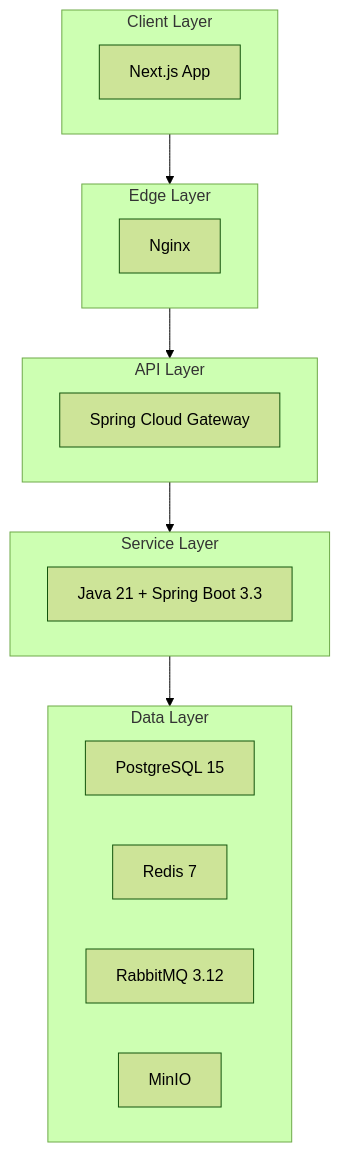
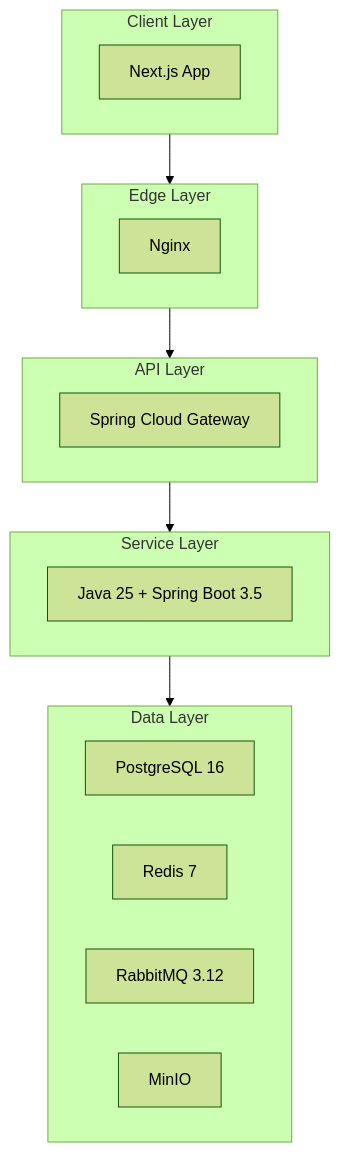
The diagram in docs/tech-stack/overview.md (egorov-ma/aqstream), drawn with Mermaid (forest theme) before and after one commit. The commit also changed other lines of this file and 36 other files, not shown here.

````diff
--- a/docs/tech-stack/overview.md
+++ b/docs/tech-stack/overview.md
@@ -7,27 +7,27 @@
 ```mermaid
 flowchart TB
     subgraph Client["Client Layer"]
         Web["Next.js App"]
     end
     
     subgraph Edge["Edge Layer"]
         Nginx["Nginx"]
     end
     
     subgraph Gateway["API Layer"]
         GW["Spring Cloud Gateway"]
     end
     
     subgraph Services["Service Layer"]
-        Java["Java 21 + Spring Boot 3.3"]
+        Java["Java 25 + Spring Boot 3.5"]
     end
-    
+
     subgraph Data["Data Layer"]
-        PG["PostgreSQL 15"]
+        PG["PostgreSQL 16"]
         Redis["Redis 7"]
         RMQ["RabbitMQ 3.12"]
         MinIO["MinIO"]
     end
     
     Client --> Edge --> Gateway --> Services --> Data
 ```
````
